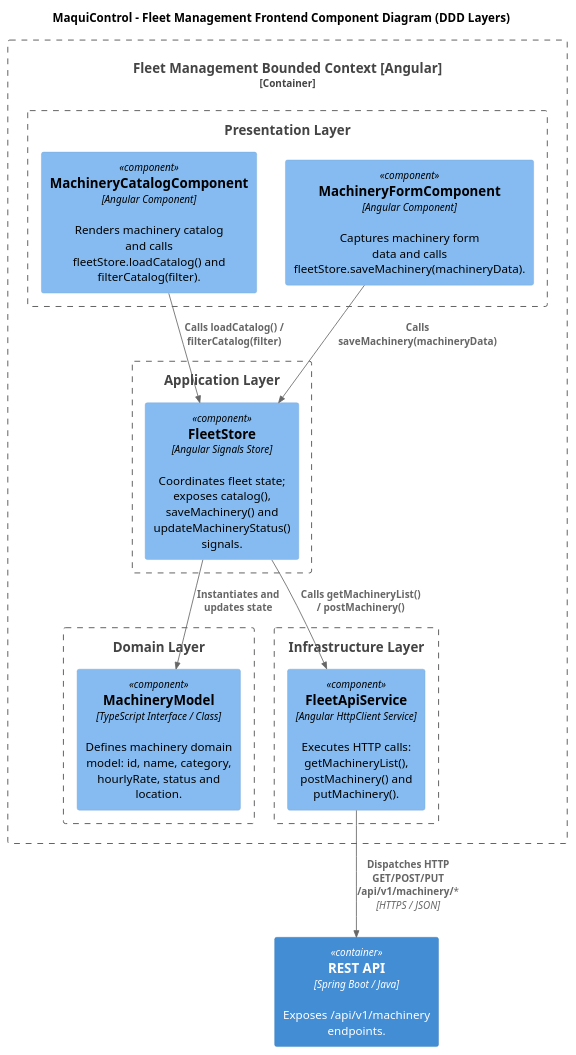
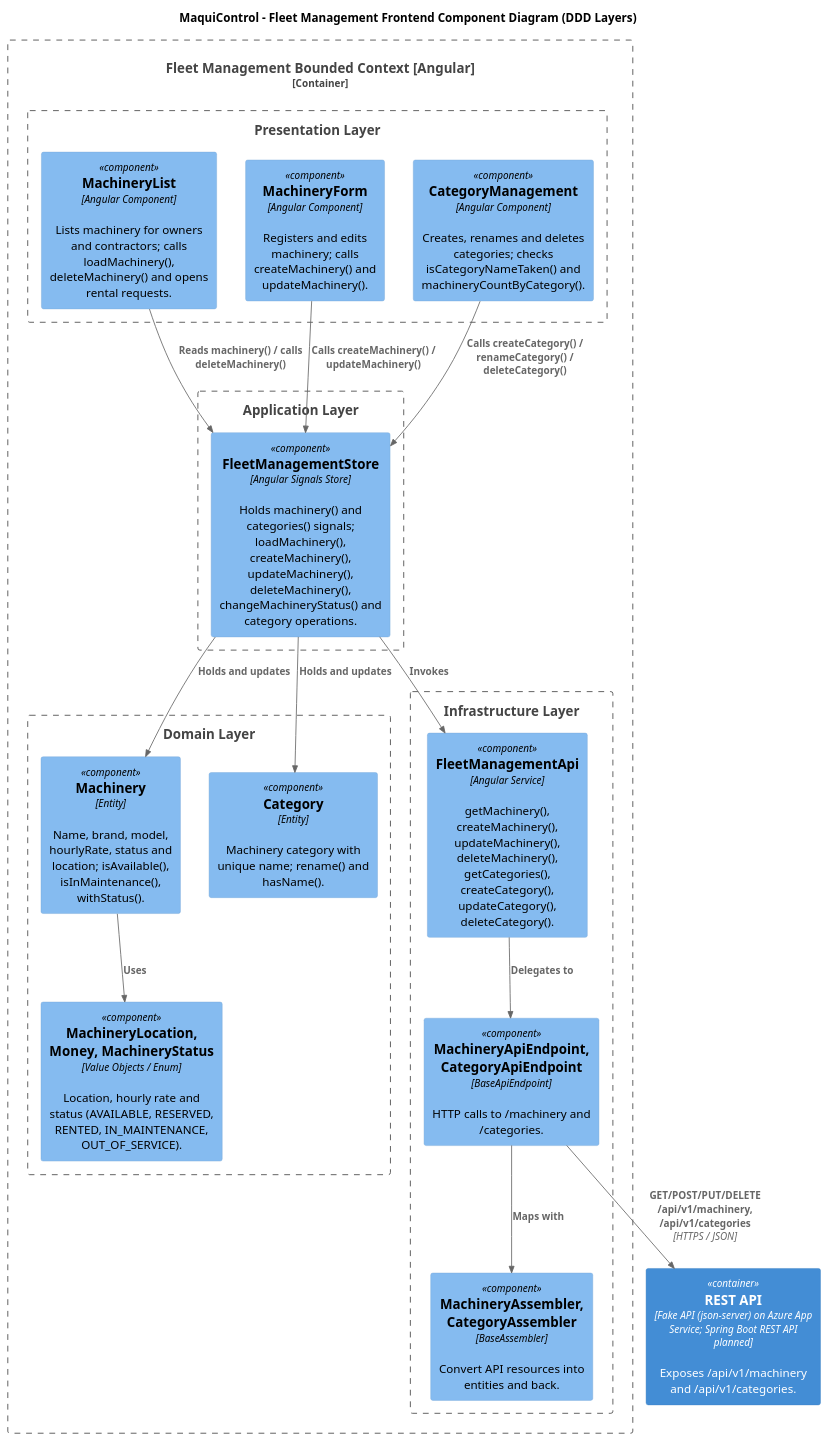
Before and after one commit to AndesHeavyTech/MaquiControl: the diagram in docs/architecture/components/fleet-frontend-components.puml, drawn with PlantUML. The commit also changed 36 other files, not shown here.

Commit message:
docs(report): add sprint 2, update deployment configuration and align diagrams with code

```diff
--- a/docs/architecture/components/fleet-frontend-components.puml
+++ b/docs/architecture/components/fleet-frontend-components.puml
@@ -1,30 +1,40 @@
 @startuml
 !include <C4/C4_Component>
 
 title MaquiControl - Fleet Management Frontend Component Diagram (DDD Layers)
 
-Container_Boundary(fleet, "Fleet Management Bounded Context [Angular]") {
+Container_Boundary(bc, "Fleet Management Bounded Context [Angular]") {
     Boundary(presentation, "Presentation Layer") {
-        Component(machineryCatalogComponent, "MachineryCatalogComponent", "Angular Component", "Renders machinery catalog and calls fleetStore.loadCatalog() and filterCatalog(filter).")
-        Component(machineryFormComponent, "MachineryFormComponent", "Angular Component", "Captures machinery form data and calls fleetStore.saveMachinery(machineryData).")
+        Component(machineryList, "MachineryList", "Angular Component", "Lists machinery for owners and contractors; calls loadMachinery(), deleteMachinery() and opens rental requests.")
+        Component(machineryForm, "MachineryForm", "Angular Component", "Registers and edits machinery; calls createMachinery() and updateMachinery().")
+        Component(categoryManagement, "CategoryManagement", "Angular Component", "Creates, renames and deletes categories; checks isCategoryNameTaken() and machineryCountByCategory().")
     }
     Boundary(application, "Application Layer") {
-        Component(fleetStore, "FleetStore", "Angular Signals Store", "Coordinates fleet state; exposes catalog(), saveMachinery() and updateMachineryStatus() signals.")
+        Component(fleetStore, "FleetManagementStore", "Angular Signals Store", "Holds machinery() and categories() signals; loadMachinery(), createMachinery(), updateMachinery(), deleteMachinery(), changeMachineryStatus() and category operations.")
     }
     Boundary(domain, "Domain Layer") {
-        Component(machineryModel, "MachineryModel", "TypeScript Interface / Class", "Defines machinery domain model: id, name, category, hourlyRate, status and location.")
+        Component(machinery, "Machinery", "Entity", "Name, brand, model, hourlyRate, status and location; isAvailable(), isInMaintenance(), withStatus().")
+        Component(category, "Category", "Entity", "Machinery category with unique name; rename() and hasName().")
+        Component(valueObjects, "MachineryLocation, Money, MachineryStatus", "Value Objects / Enum", "Location, hourly rate and status (AVAILABLE, RESERVED, RENTED, IN_MAINTENANCE, OUT_OF_SERVICE).")
     }
     Boundary(infrastructure, "Infrastructure Layer") {
-        Component(fleetApiService, "FleetApiService", "Angular HttpClient Service", "Executes HTTP calls: getMachineryList(), postMachinery() and putMachinery().")
+        Component(fleetApi, "FleetManagementApi", "Angular Service", "getMachinery(), createMachinery(), updateMachinery(), deleteMachinery(), getCategories(), createCategory(), updateCategory(), deleteCategory().")
+        Component(endpoints, "MachineryApiEndpoint, CategoryApiEndpoint", "BaseApiEndpoint", "HTTP calls to /machinery and /categories.")
+        Component(assemblers, "MachineryAssembler, CategoryAssembler", "BaseAssembler", "Convert API resources into entities and back.")
     }
 }
 
-Container(api, "REST API", "Spring Boot / Java", "Exposes /api/v1/machinery endpoints.")
+Container(api, "REST API", "Fake API (json-server) on Azure App Service; Spring Boot REST API planned", "Exposes /api/v1/machinery and /api/v1/categories.")
 
-Rel(machineryCatalogComponent, fleetStore, "Calls loadCatalog() / filterCatalog(filter)")
-Rel(machineryFormComponent, fleetStore, "Calls saveMachinery(machineryData)")
-Rel(fleetStore, machineryModel, "Instantiates and updates state")
-Rel(fleetStore, fleetApiService, "Calls getMachineryList() / postMachinery()")
-Rel(fleetApiService, api, "Dispatches HTTP GET/POST/PUT /api/v1/machinery/*", "HTTPS / JSON")
+Rel(machineryList, fleetStore, "Reads machinery() / calls deleteMachinery()")
+Rel(machineryForm, fleetStore, "Calls createMachinery() / updateMachinery()")
+Rel(categoryManagement, fleetStore, "Calls createCategory() / renameCategory() / deleteCategory()")
+Rel(fleetStore, machinery, "Holds and updates")
+Rel(fleetStore, category, "Holds and updates")
+Rel(machinery, valueObjects, "Uses")
+Rel(fleetStore, fleetApi, "Invokes")
+Rel(fleetApi, endpoints, "Delegates to")
+Rel(endpoints, assemblers, "Maps with")
+Rel(endpoints, api, "GET/POST/PUT/DELETE /api/v1/machinery, /api/v1/categories", "HTTPS / JSON")
 
 @enduml
```
